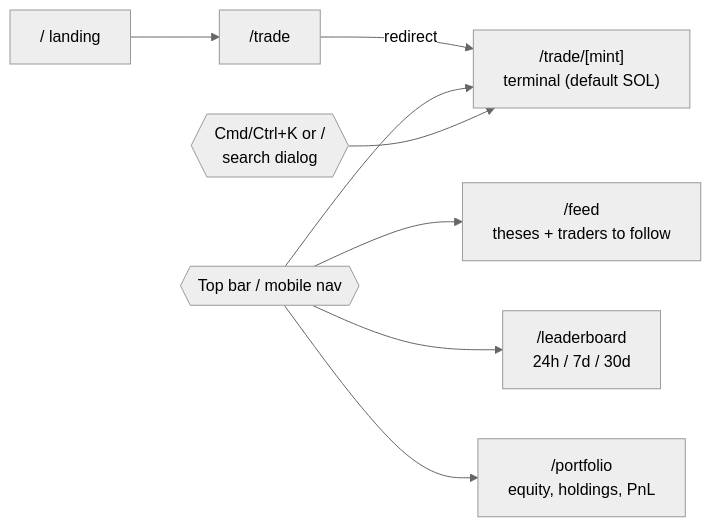
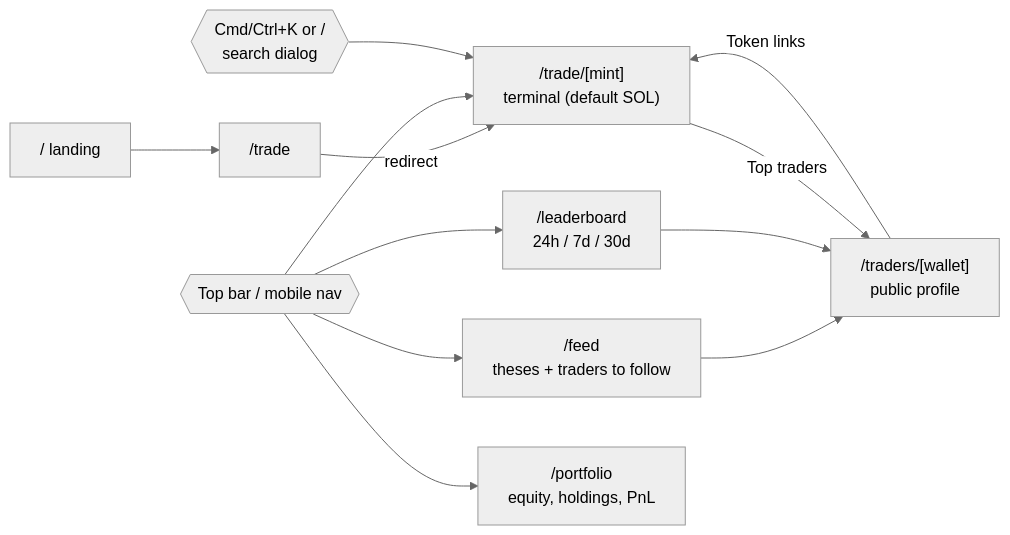
The first of 6 diagrams in docs/architecture.md (jog01/agele-web), drawn with Mermaid (neutral theme) before and after one commit. The commit also changed other lines of this file and 11 other files, not shown here.

First line of the commit message:
feat(traders): add public trader profiles (#21)

````diff
--- a/docs/architecture.md
+++ b/docs/architecture.md
@@ -9,10 +9,14 @@
 ```mermaid
 flowchart LR
   ROOT["/ landing"] --> TRADE["/trade"]
   TRADE -- redirect --> MINT["/trade/[mint]<br/>terminal (default SOL)"]
   NAV{{Top bar / mobile nav}} --> MINT
   NAV --> FEED["/feed<br/>theses + traders to follow"]
   NAV --> LB["/leaderboard<br/>24h / 7d / 30d"]
   NAV --> PF["/portfolio<br/>equity, holdings, PnL"]
+  FEED --> TRADER["/traders/[wallet]<br/>public profile"]
+  LB --> TRADER
+  MINT -- "Top traders" --> TRADER
+  TRADER -- "Token links" --> MINT
   SEARCH{{"Cmd/Ctrl+K or /<br/>search dialog"}} --> MINT
 ```
````
